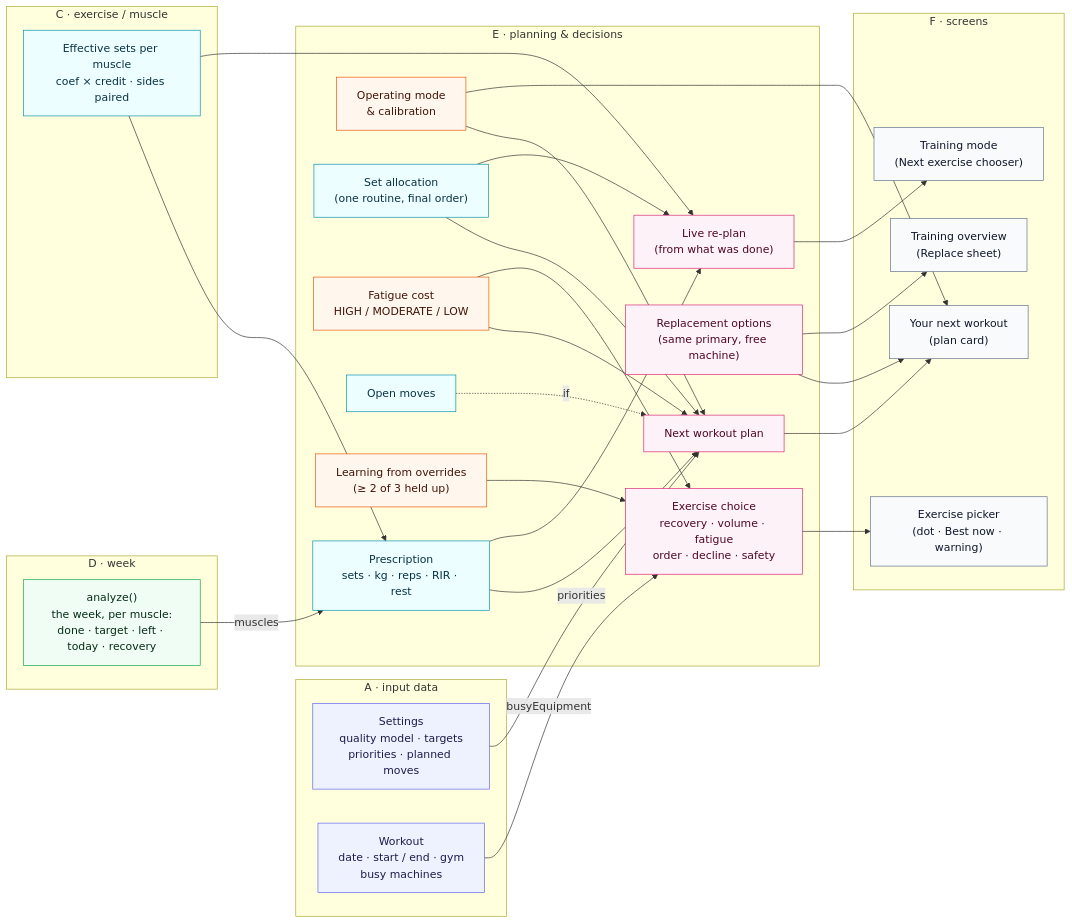
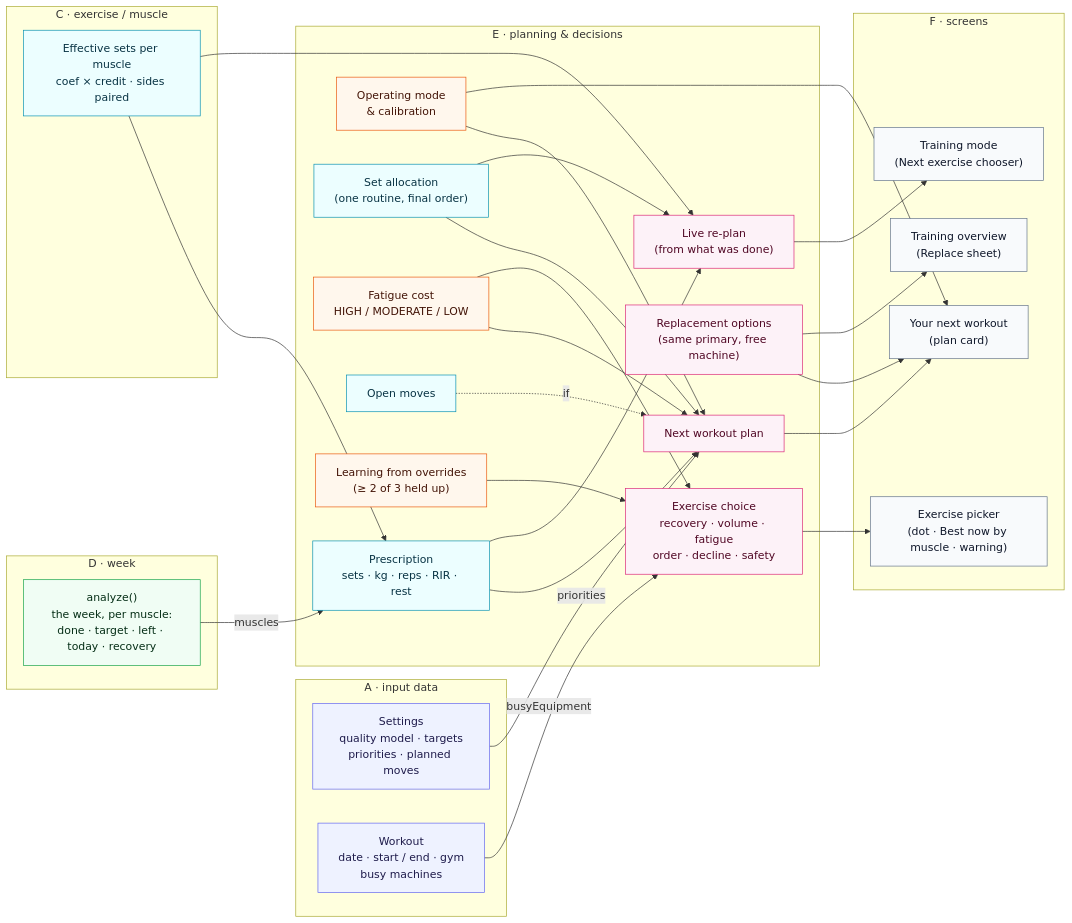
One commit to seniashinmaksim/gym-rat changed the fifth of 8 diagrams in docs/FORMULA_DEPENDENCY_MAP.md. Above: the diagram before and after it, drawn with Mermaid. The commit also changed other lines of this file and 55 other files, not shown here.

````diff
--- a/docs/FORMULA_DEPENDENCY_MAP.md
+++ b/docs/FORMULA_DEPENDENCY_MAP.md
@@ -383,57 +387,57 @@
 ```mermaid
 flowchart LR
   subgraph A["A · input data"]
     in_settings["Settings<br/>quality model · targets<br/>priorities · planned moves"]:::input
     in_workout["Workout<br/>date · start / end · gym<br/>busy machines"]:::input
   end
   subgraph C["C · exercise / muscle"]
     volume["Effective sets per muscle<br/>coef × credit · sides paired"]:::formula
   end
   subgraph D["D · week"]
     analyze["analyze()<br/>the week, per muscle:<br/>done · target · left · today · recovery"]:::aggregation
   end
   subgraph E["E · planning & decisions"]
     prescribe["Prescription<br/>sets · kg · reps · RIR · rest"]:::formula
     readiness["Operating mode<br/>& calibration"]:::rule
     planner["Next workout plan"]:::decision
     alloc["Set allocation<br/>(one routine, final order)"]:::formula
     fatigue["Fatigue cost<br/>HIGH / MODERATE / LOW"]:::rule
     moves["Open moves"]:::formula
     replan["Live re-plan<br/>(from what was done)"]:::decision
     replace["Replacement options<br/>(same primary, free machine)"]:::decision
     choice["Exercise choice<br/>recovery · volume · fatigue<br/>order · decline · safety"]:::decision
     choicelearn["Learning from overrides<br/>(≥ 2 of 3 held up)"]:::rule
   end
   subgraph F["F · screens"]
     ui_plan["Your next workout<br/>(plan card)"]:::ui
     ui_train["Training mode<br/>(Next exercise chooser)"]:::ui
     ui_overview["Training overview<br/>(Replace sheet)"]:::ui
-    ui_picker["Exercise picker<br/>(dot · Best now · warning)"]:::ui
+    ui_picker["Exercise picker<br/>(dot · Best now by muscle · warning)"]:::ui
   end
   analyze -->|muscles| prescribe
   volume --> prescribe
   readiness --> planner
   prescribe --> planner
   alloc --> planner
   fatigue --> planner
   moves -.->|if| planner
   in_settings -->|priorities| planner
   prescribe --> replan
   alloc --> replan
   volume --> replan
   planner --> ui_plan
   readiness --> ui_plan
   replan --> ui_train
   replace --> ui_plan
   replace --> ui_overview
   fatigue --> choice
   choicelearn --> choice
   in_workout -->|busyEquipment| choice
   choice --> ui_picker
   classDef input fill:#eef2ff,stroke:#6366f1,color:#1e1b4b
   classDef formula fill:#ecfeff,stroke:#0891b2,color:#083344
   classDef rule fill:#fff7ed,stroke:#ea580c,color:#431407
   classDef aggregation fill:#f0fdf4,stroke:#16a34a,color:#052e16
   classDef decision fill:#fdf2f8,stroke:#db2777,color:#500724
   classDef ui fill:#f8fafc,stroke:#64748b,color:#0f172a
 ```
````
